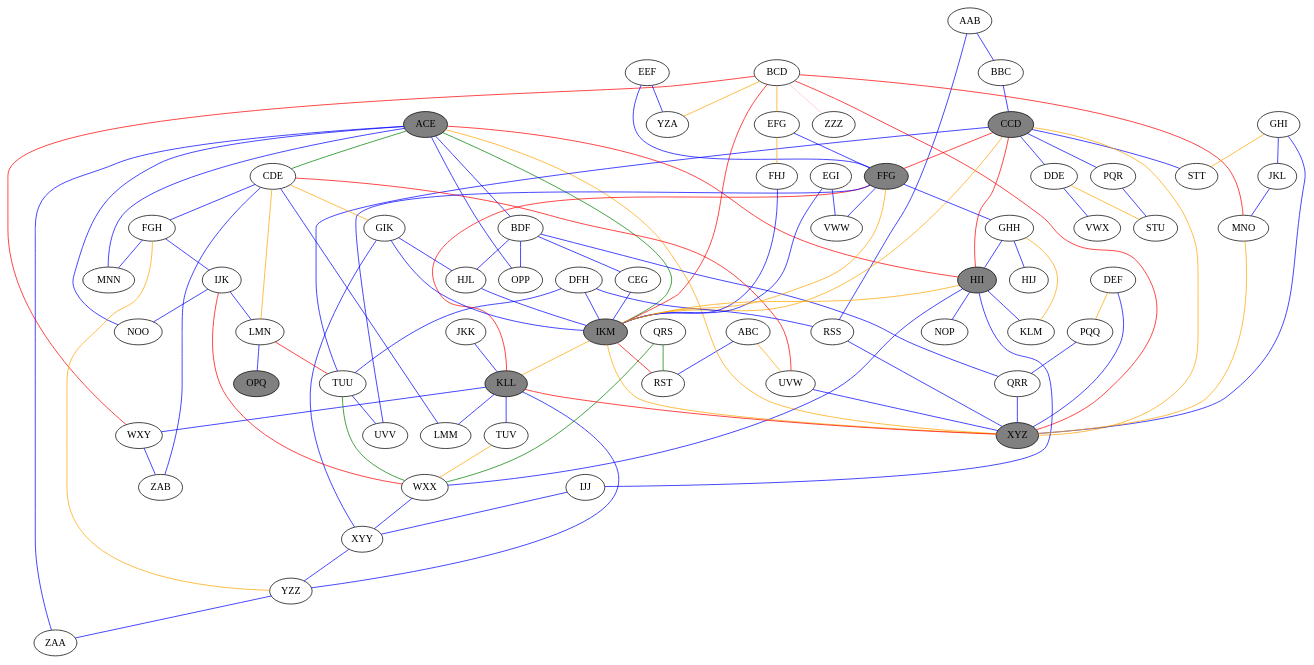
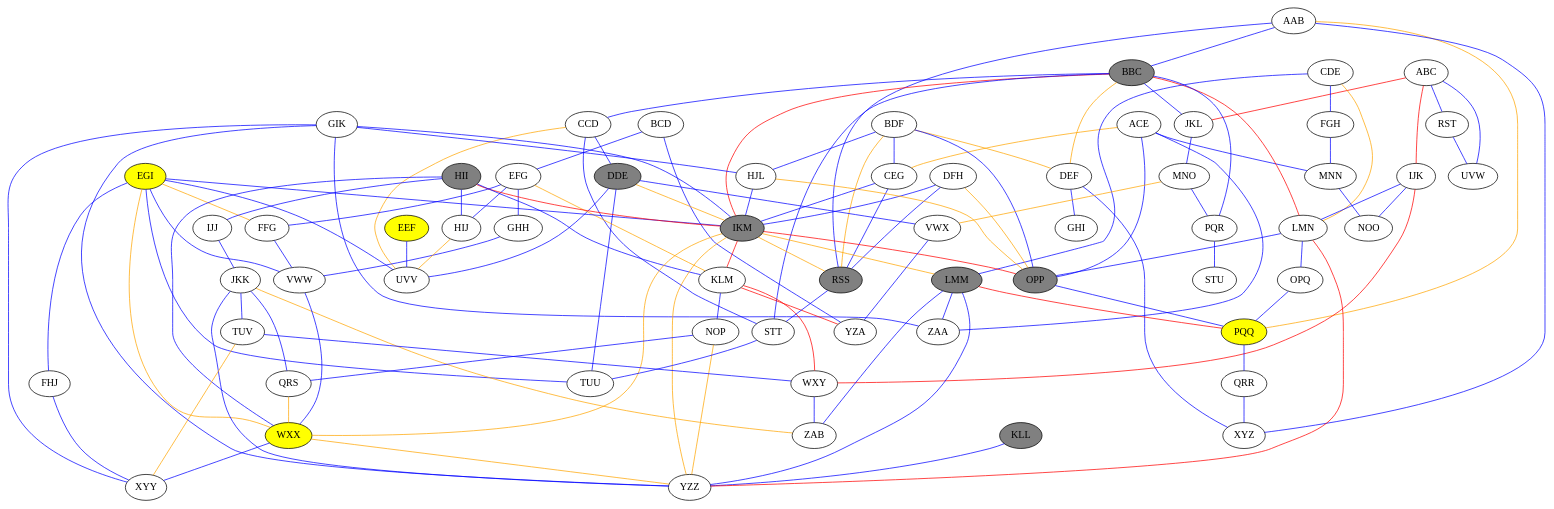
Before and after one commit to waveney/StarKingdoms: the diagram in cache/Fullmap234234.dot, drawn with Graphviz. The commit also changed 6 other files, not shown here.

```diff
--- a/cache/Fullmap234234.dot
+++ b/cache/Fullmap234234.dot
@@ -1,171 +1,182 @@
 graph {
 AAB;
 ABC;
-ACE [style=filled fillcolor=grey];
-BBC;
+ACE;
+BBC [style=filled fillcolor=grey];
 BCD;
 BDF;
-CCD [style=filled fillcolor=grey];
+CCD;
 CDE;
 CEG;
-DDE;
+DDE [style=filled fillcolor=grey];
 DEF;
 DFH;
-EEF;
+EEF [style=filled fillcolor=yellow];
 EFG;
-EGI;
-FFG [style=filled fillcolor=grey];
+EGI [style=filled fillcolor=yellow];
+FFG;
 FGH;
 FHJ;
 GHH;
 GHI;
 GIK;
 HII [style=filled fillcolor=grey];
 HIJ;
 HJL;
 IJJ;
 IJK;
 IKM [style=filled fillcolor=grey];
 JKK;
 JKL;
 KLL [style=filled fillcolor=grey];
 KLM;
-LMM;
+LMM [style=filled fillcolor=grey];
 LMN;
 MNN;
 MNO;
 NOO;
 NOP;
-OPP;
-OPQ [style=filled fillcolor=grey];
-PQQ;
+OPP [style=filled fillcolor=grey];
+OPQ;
+PQQ [style=filled fillcolor=yellow];
 PQR;
 QRR;
 QRS;
-RSS;
+RSS [style=filled fillcolor=grey];
 RST;
 STT;
 STU;
 TUU;
 TUV;
 UVV;
 UVW;
 VWW;
 VWX;
-WXX;
+WXX [style=filled fillcolor=yellow];
 WXY;
 XYY;
-XYZ [style=filled fillcolor=grey];
+XYZ;
 YZA;
 YZZ;
 ZAA;
 ZAB;
+AAB -- XYZ [color=Blue];
+AAB -- RSS [color=Blue];
 AAB -- BBC [color=Blue];
-AAB -- RSS [color=Blue];
+AAB -- PQQ [color=Orange];
+ABC -- UVW [color=Blue];
 ABC -- RST [color=Blue];
-ABC -- UVW [color=Orange];
+ABC -- JKL [color=Red];
+ABC -- IJK [color=Red];
 ACE -- OPP [color=Blue];
-ACE -- BDF [color=Blue];
 ACE -- ZAA [color=Blue];
 ACE -- MNN [color=Blue];
-ACE -- NOO [color=Blue];
-ACE -- XYZ [color=Orange];
-ACE -- HII [color=Red];
-ACE -- CDE [color=Green];
-ACE -- IKM [color=Green];
+ACE -- CEG [color=Orange];
+BBC -- JKL [color=Blue];
+BBC -- PQR [color=Blue];
 BBC -- CCD [color=Blue];
-BCD -- YZA [color=Orange];
-BCD -- EFG [color=Orange];
-BCD -- MNO [color=Red];
-BCD -- XYZ [color=Red];
-BCD -- IKM [color=Red];
-BCD -- WXY [color=Red];
-BCD -- ZZZ [color=Pink];
-BDF -- QRR [color=Blue];
+BBC -- STT [color=Blue];
+BBC -- DEF [color=Orange];
+BBC -- IKM [color=Red];
+BBC -- LMN [color=Red];
+BCD -- YZA [color=Blue];
+BCD -- EFG [color=Blue];
+BDF -- OPP [color=Blue];
+BDF -- HJL [color=Blue];
 BDF -- CEG [color=Blue];
-BDF -- HJL [color=Blue];
-BDF -- OPP [color=Blue];
-CCD -- PQR [color=Blue];
+BDF -- DEF [color=Orange];
+BDF -- RSS [color=Orange];
 CCD -- DDE [color=Blue];
-CCD -- TUU [color=Blue];
 CCD -- STT [color=Blue];
-CCD -- IKM [color=Orange];
-CCD -- XYZ [color=Orange];
-CCD -- FFG [color=Red];
-CCD -- HII [color=Red];
+CCD -- UVV [color=Orange];
 CDE -- FGH [color=Blue];
 CDE -- LMM [color=Blue];
-CDE -- ZAB [color=Blue];
 CDE -- LMN [color=Orange];
-CDE -- GIK [color=Orange];
-CDE -- UVW [color=Red];
+CEG -- RSS [color=Blue];
 CEG -- IKM [color=Blue];
+DDE -- TUU [color=Blue];
 DDE -- VWX [color=Blue];
-DDE -- STU [color=Orange];
+DDE -- UVV [color=Blue];
+DDE -- IKM [color=Orange];
+DEF -- GHI [color=Blue];
 DEF -- XYZ [color=Blue];
-DEF -- PQQ [color=Orange];
 DFH -- RSS [color=Blue];
-DFH -- TUU [color=Blue];
 DFH -- IKM [color=Blue];
-EEF -- YZA [color=Blue];
-EEF -- FFG [color=Blue];
+DFH -- OPP [color=Orange];
+EEF -- UVV [color=Blue];
+EFG -- HIJ [color=Blue];
+EFG -- GHH [color=Blue];
 EFG -- FFG [color=Blue];
-EFG -- FHJ [color=Orange];
+EFG -- KLM [color=Orange];
+EGI -- TUU [color=Blue];
+EGI -- VWW [color=Blue];
 EGI -- IKM [color=Blue];
-EGI -- VWW [color=Blue];
-FFG -- UVV [color=Blue];
-FFG -- GHH [color=Blue];
+EGI -- FHJ [color=Blue];
+EGI -- UVV [color=Blue];
+EGI -- FFG [color=Orange];
+EGI -- WXX [color=Orange];
 FFG -- VWW [color=Blue];
-FFG -- IKM [color=Orange];
-FFG -- KLL [color=Red];
-FGH -- IJK [color=Blue];
 FGH -- MNN [color=Blue];
-FGH -- YZZ [color=Orange];
-FHJ -- IKM [color=Blue];
-GHH -- HII [color=Blue];
-GHH -- HIJ [color=Blue];
-GHH -- KLM [color=Orange];
-GHI -- XYZ [color=Blue];
-GHI -- JKL [color=Blue];
-GHI -- STT [color=Orange];
+FHJ -- XYY [color=Blue];
+GHH -- VWW [color=Blue];
+GIK -- HJL [color=Blue];
 GIK -- IKM [color=Blue];
-GIK -- HJL [color=Blue];
 GIK -- XYY [color=Blue];
+GIK -- YZZ [color=Blue];
+GIK -- ZAA [color=Blue];
 HII -- WXX [color=Blue];
+HII -- HIJ [color=Blue];
 HII -- KLM [color=Blue];
-HII -- NOP [color=Blue];
 HII -- IJJ [color=Blue];
-HII -- IKM [color=Orange];
+HII -- IKM [color=Red];
+HIJ -- UVV [color=Orange];
 HJL -- IKM [color=Blue];
-IJJ -- XYY [color=Blue];
+HJL -- OPP [color=Orange];
+IJJ -- JKK [color=Blue];
 IJK -- LMN [color=Blue];
 IJK -- NOO [color=Blue];
-IJK -- WXX [color=Red];
-IKM -- XYZ [color=Orange];
-IKM -- KLL [color=Orange];
-IKM -- RST [color=Red];
-JKK -- KLL [color=Blue];
+IJK -- WXY [color=Red];
+IKM -- RSS [color=Orange];
+IKM -- WXX [color=Orange];
+IKM -- LMM [color=Orange];
+IKM -- YZZ [color=Orange];
+IKM -- OPP [color=Red];
+IKM -- KLM [color=Red];
+JKK -- YZZ [color=Blue];
+JKK -- TUV [color=Blue];
+JKK -- QRS [color=Blue];
+JKK -- ZAB [color=Orange];
 JKL -- MNO [color=Blue];
-KLL -- LMM [color=Blue];
 KLL -- YZZ [color=Blue];
-KLL -- TUV [color=Blue];
-KLL -- WXY [color=Blue];
-KLL -- XYZ [color=Red];
+KLM -- NOP [color=Blue];
+KLM -- WXY [color=Red];
+KLM -- YZA [color=Red];
+LMM -- ZAA [color=Blue];
+LMM -- YZZ [color=Blue];
+LMM -- ZAB [color=Blue];
+LMM -- PQQ [color=Red];
 LMN -- OPQ [color=Blue];
-LMN -- TUU [color=Red];
-MNO -- XYZ [color=Orange];
+LMN -- OPP [color=Blue];
+LMN -- YZZ [color=Red];
+MNN -- NOO [color=Blue];
+MNO -- PQR [color=Blue];
+MNO -- VWX [color=Orange];
+NOP -- QRS [color=Blue];
+NOP -- YZZ [color=Orange];
+OPP -- PQQ [color=Blue];
+OPQ -- PQQ [color=Blue];
 PQQ -- QRR [color=Blue];
 PQR -- STU [color=Blue];
 QRR -- XYZ [color=Blue];
-QRS -- WXX [color=Green];
-QRS -- RST [color=Green];
-RSS -- XYZ [color=Blue];
-TUU -- UVV [color=Blue];
-TUU -- WXX [color=Green];
-TUV -- WXX [color=Orange];
-UVW -- XYZ [color=Blue];
+QRS -- WXX [color=Orange];
+RSS -- STT [color=Blue];
+RST -- UVW [color=Blue];
+STT -- TUU [color=Blue];
+TUV -- WXY [color=Blue];
+TUV -- XYY [color=Orange];
+VWW -- WXX [color=Blue];
+VWX -- YZA [color=Blue];
 WXX -- XYY [color=Blue];
+WXX -- YZZ [color=Orange];
 WXY -- ZAB [color=Blue];
-XYY -- YZZ [color=Blue];
-YZZ -- ZAA [color=Blue];
 }
```
